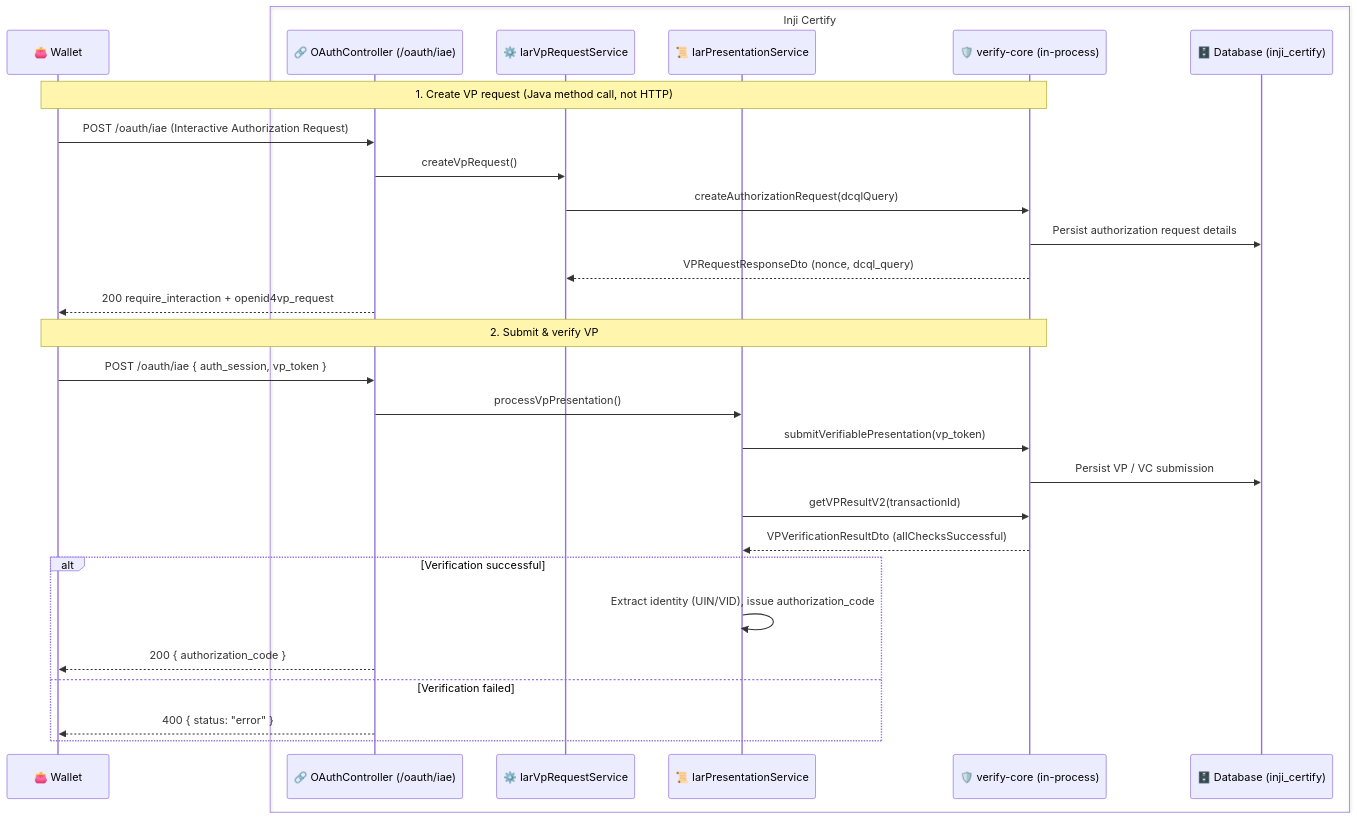
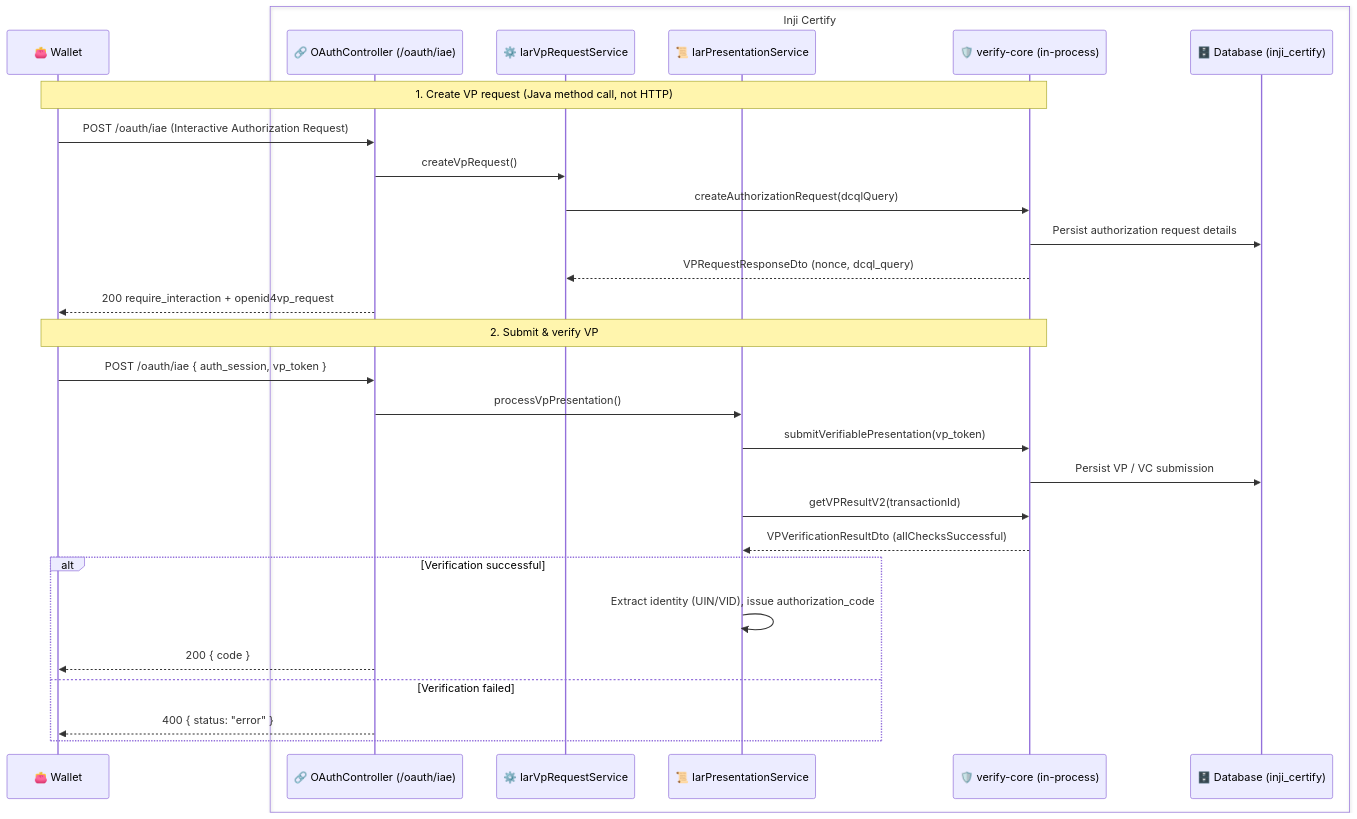
The diagram in docs/technical_docs/Inji_Verify_As_A_Library.md (Infosys/inji-certify), drawn with Mermaid before and after one commit. The commit also changed 4 other files, not shown here.

````diff
--- a/docs/technical_docs/Inji_Verify_As_A_Library.md
+++ b/docs/technical_docs/Inji_Verify_As_A_Library.md
@@ -91,33 +91,33 @@
 ```mermaid
 sequenceDiagram
     participant W as 👛 Wallet
     box Inji Certify #E6F3FF
     participant OAuth as 🔗 OAuthController (/oauth/iae)
     participant ReqSvc as ⚙️ IarVpRequestService
     participant PresSvc as 📜 IarPresentationService
     participant Verify as 🛡️ verify-core (in-process)
     participant DB as 🗄️ Database (inji_certify)
     end
 
     Note over W,Verify: 1. Create VP request (Java method call, not HTTP)
     W->>OAuth: POST /oauth/iae (Interactive Authorization Request)
     OAuth->>ReqSvc: createVpRequest()
     ReqSvc->>Verify: createAuthorizationRequest(dcqlQuery)
     Verify->>DB: Persist authorization request details
     Verify-->>ReqSvc: VPRequestResponseDto (nonce, dcql_query)
     OAuth-->>W: 200 require_interaction + openid4vp_request
 
     Note over W,Verify: 2. Submit & verify VP
     W->>OAuth: POST /oauth/iae { auth_session, vp_token }
     OAuth->>PresSvc: processVpPresentation()
     PresSvc->>Verify: submitVerifiablePresentation(vp_token)
     Verify->>DB: Persist VP / VC submission
     PresSvc->>Verify: getVPResultV2(transactionId)
     Verify-->>PresSvc: VPVerificationResultDto (allChecksSuccessful)
     alt Verification successful
         PresSvc->>PresSvc: Extract identity (UIN/VID), issue authorization_code
-        OAuth-->>W: 200 { authorization_code }
+        OAuth-->>W: 200 { code }
     else Verification failed
         OAuth-->>W: 400 { status: "error" }
     end
 ```
````
